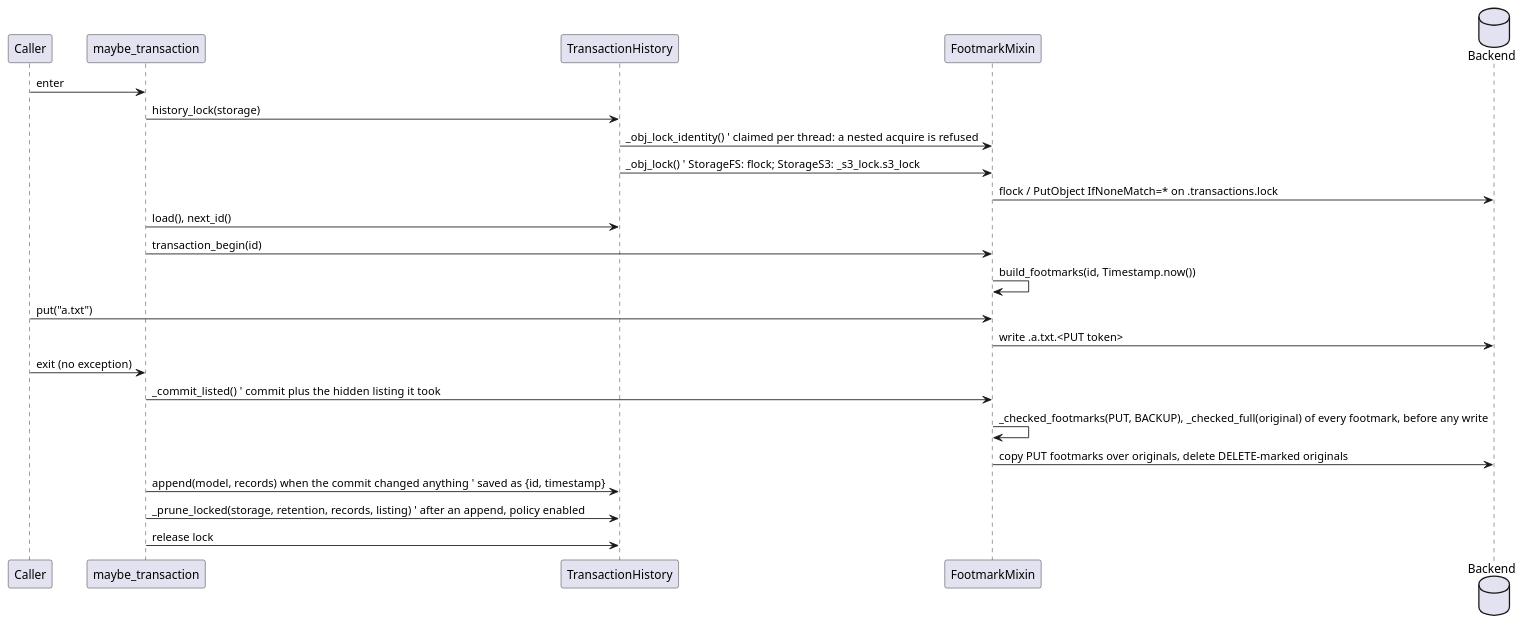
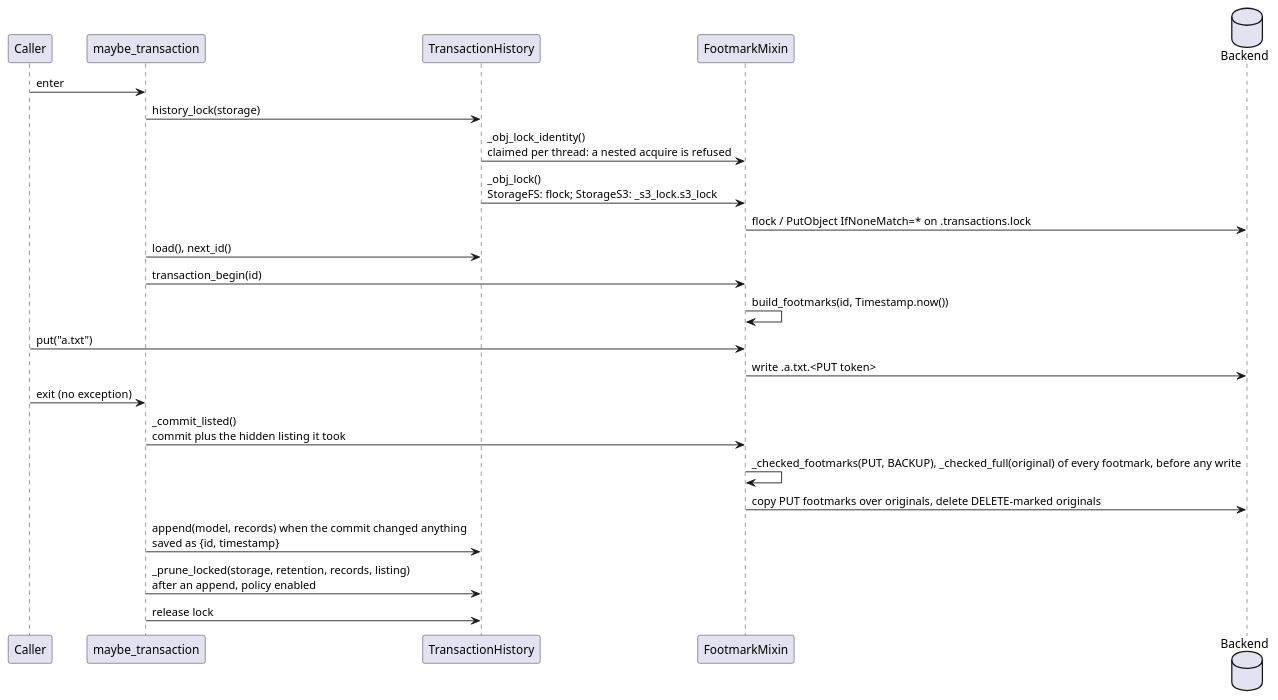
One commit to vinklat/txstore changed the diagram in docs/development/diagrams/transactions-commit.puml. Above: the diagram before and after it, drawn with PlantUML. The commit also changed 3 other files, not shown here.

First line of the commit message:
Show transaction diagram notes as label lines, not stray quotes

```diff
--- a/docs/development/diagrams/transactions-commit.puml
+++ b/docs/development/diagrams/transactions-commit.puml
@@ -1,25 +1,25 @@
 @startuml
 participant Caller
 participant "maybe_transaction" as MT
 participant TransactionHistory as TH
 participant FootmarkMixin as FM
 database Backend
 
 Caller -> MT : enter
 MT -> TH : history_lock(storage)
-TH -> FM : _obj_lock_identity()  ' claimed per thread: a nested acquire is refused
-TH -> FM : _obj_lock()  ' StorageFS: flock; StorageS3: _s3_lock.s3_lock
+TH -> FM : _obj_lock_identity()\nclaimed per thread: a nested acquire is refused
+TH -> FM : _obj_lock()\nStorageFS: flock; StorageS3: _s3_lock.s3_lock
 FM -> Backend : flock / PutObject IfNoneMatch=* on .transactions.lock
 MT -> TH : load(), next_id()
 MT -> FM : transaction_begin(id)
 FM -> FM : build_footmarks(id, Timestamp.now())
 Caller -> FM : put("a.txt")
 FM -> Backend : write .a.txt.<PUT token>
 Caller -> MT : exit (no exception)
-MT -> FM : _commit_listed()  ' commit plus the hidden listing it took
+MT -> FM : _commit_listed()\ncommit plus the hidden listing it took
 FM -> FM : _checked_footmarks(PUT, BACKUP), _checked_full(original) of every footmark, before any write
 FM -> Backend : copy PUT footmarks over originals, delete DELETE-marked originals
-MT -> TH : append(model, records) when the commit changed anything  ' saved as {id, timestamp}
-MT -> TH : _prune_locked(storage, retention, records, listing)  ' after an append, policy enabled
+MT -> TH : append(model, records) when the commit changed anything\nsaved as {id, timestamp}
+MT -> TH : _prune_locked(storage, retention, records, listing)\nafter an append, policy enabled
 MT -> TH : release lock
 @enduml
```
